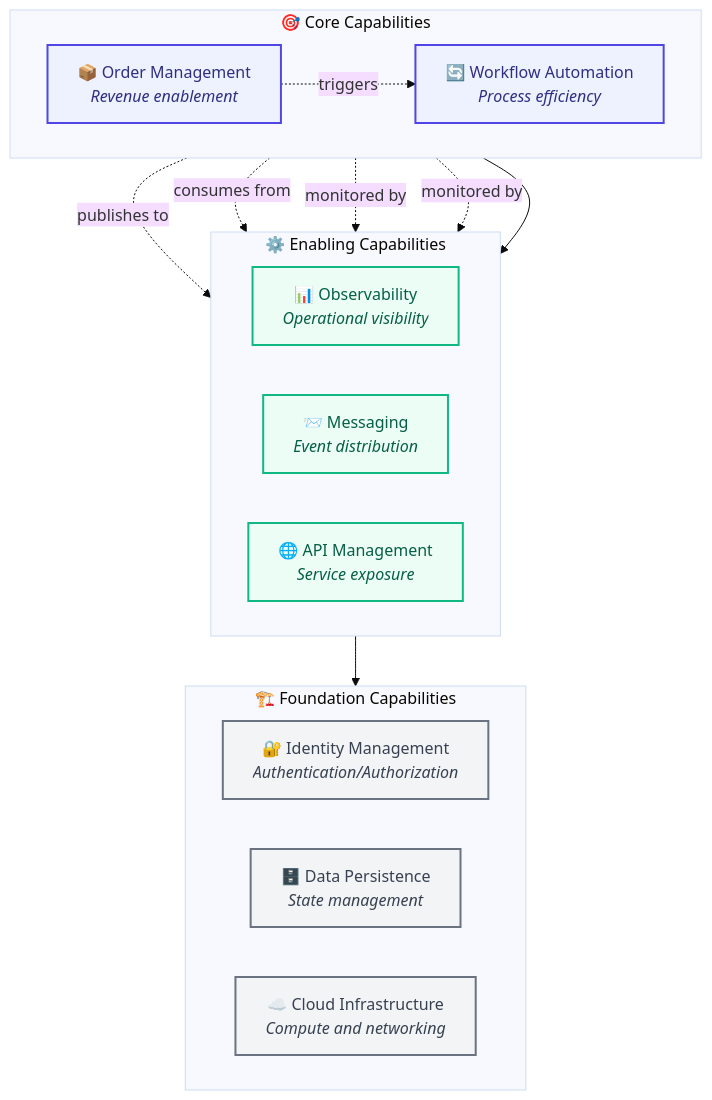
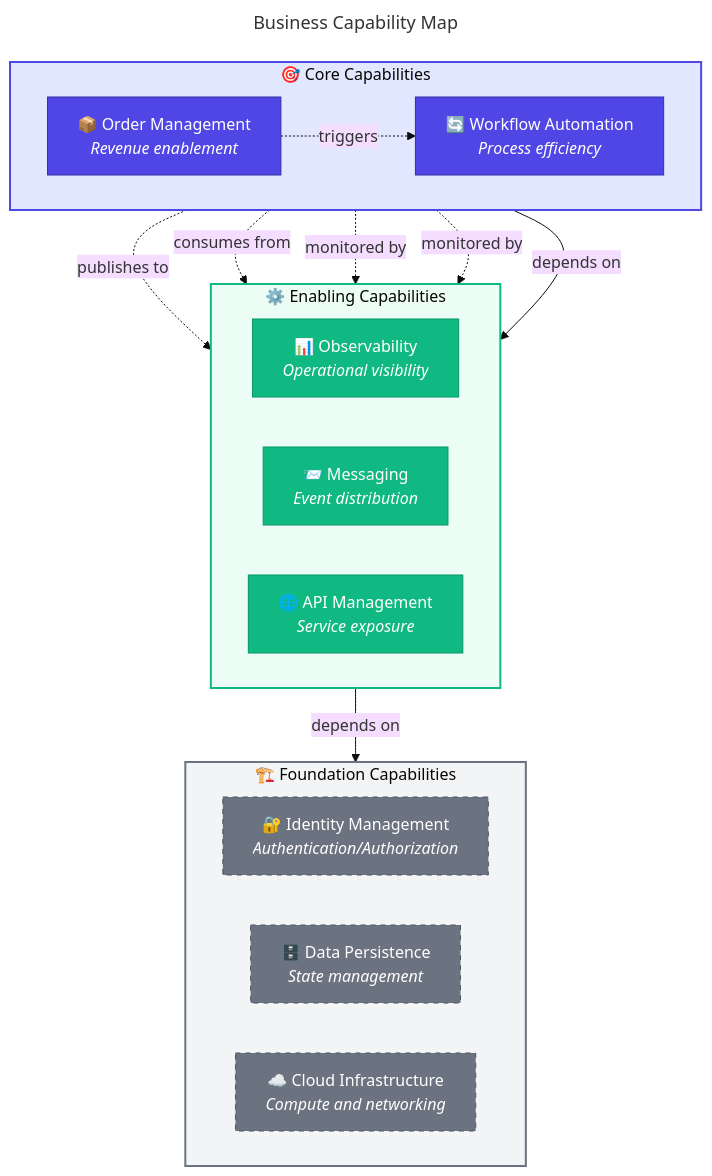
The first of 4 diagrams in docs/architecture/01-business-architecture.md (Evilazaro/Azure-LogicApps-Monitoring), drawn with Mermaid (base theme) before and after one commit. The commit also changed other lines of this file, not shown here.

Commit message:
docs: Enhance mermaid diagrams with titles and improved styling for better clarity and organization

````diff
--- a/docs/architecture/01-business-architecture.md
+++ b/docs/architecture/01-business-architecture.md
@@ -49,42 +49,57 @@
 ```mermaid
+---
+title: Business Capability Map
+---
 flowchart TB
-    %% Business Capability Map - Shows layered architecture of capabilities
+    %% ===== CLASS DEFINITIONS =====
+    classDef primary fill:#4F46E5,stroke:#3730A3,color:#FFFFFF
+    classDef secondary fill:#10B981,stroke:#059669,color:#FFFFFF
+    classDef datastore fill:#F59E0B,stroke:#D97706,color:#000000
+    classDef external fill:#6B7280,stroke:#4B5563,color:#FFFFFF,stroke-dasharray: 5 5
+    classDef failed fill:#F44336,stroke:#C62828,color:#FFFFFF
+    classDef trigger fill:#818CF8,stroke:#4F46E5,color:#FFFFFF
+    classDef decision fill:#FFFBEB,stroke:#F59E0B,color:#000000
+    classDef input fill:#F3F4F6,stroke:#6B7280,color:#000000
+
+    %% ===== CORE CAPABILITIES =====
     subgraph Core["🎯 Core Capabilities"]
         direction LR
         C1["📦 Order Management<br/><i>Revenue enablement</i>"]
         C2["🔄 Workflow Automation<br/><i>Process efficiency</i>"]
     end
 
+    %% ===== ENABLING CAPABILITIES =====
     subgraph Enabling["⚙️ Enabling Capabilities"]
         direction LR
         E1["📊 Observability<br/><i>Operational visibility</i>"]
         E2["📨 Messaging<br/><i>Event distribution</i>"]
         E3["🌐 API Management<br/><i>Service exposure</i>"]
     end
 
+    %% ===== FOUNDATION CAPABILITIES =====
     subgraph Foundation["🏗️ Foundation Capabilities"]
         direction LR
         F1["🔐 Identity Management<br/><i>Authentication/Authorization</i>"]
         F2["🗄️ Data Persistence<br/><i>State management</i>"]
         F3["☁️ Cloud Infrastructure<br/><i>Compute and networking</i>"]
     end
 
-    %% Hierarchical dependencies
-    Core --> Enabling --> Foundation
+    %% ===== CONNECTIONS =====
+    Core -->|"depends on"| Enabling -->|"depends on"| Foundation
 
-    %% Cross-capability relationships
     C1 -.->|"triggers"| C2
     C1 -.->|"publishes to"| E2
     C2 -.->|"consumes from"| E2
     C1 -.->|"monitored by"| E1
     C2 -.->|"monitored by"| E1
 
-    %% Modern color palette - WCAG AA compliant
-    classDef core fill:#EEF2FF,stroke:#4F46E5,stroke-width:2px,color:#312E81
-    classDef enabling fill:#ECFDF5,stroke:#10B981,stroke-width:2px,color:#065F46
-    classDef foundation fill:#F3F4F6,stroke:#6B7280,stroke-width:2px,color:#374151
+    %% ===== SUBGRAPH STYLES =====
+    style Core fill:#E0E7FF,stroke:#4F46E5,stroke-width:2px
+    style Enabling fill:#ECFDF5,stroke:#10B981,stroke-width:2px
+    style Foundation fill:#F3F4F6,stroke:#6B7280,stroke-width:2px
 
-    class C1,C2 core
-    class E1,E2,E3 enabling
-    class F1,F2,F3 foundation
+    %% ===== NODE CLASSES =====
+    class C1,C2 primary
+    class E1,E2,E3 secondary
+    class F1,F2,F3 external
 ```
````
